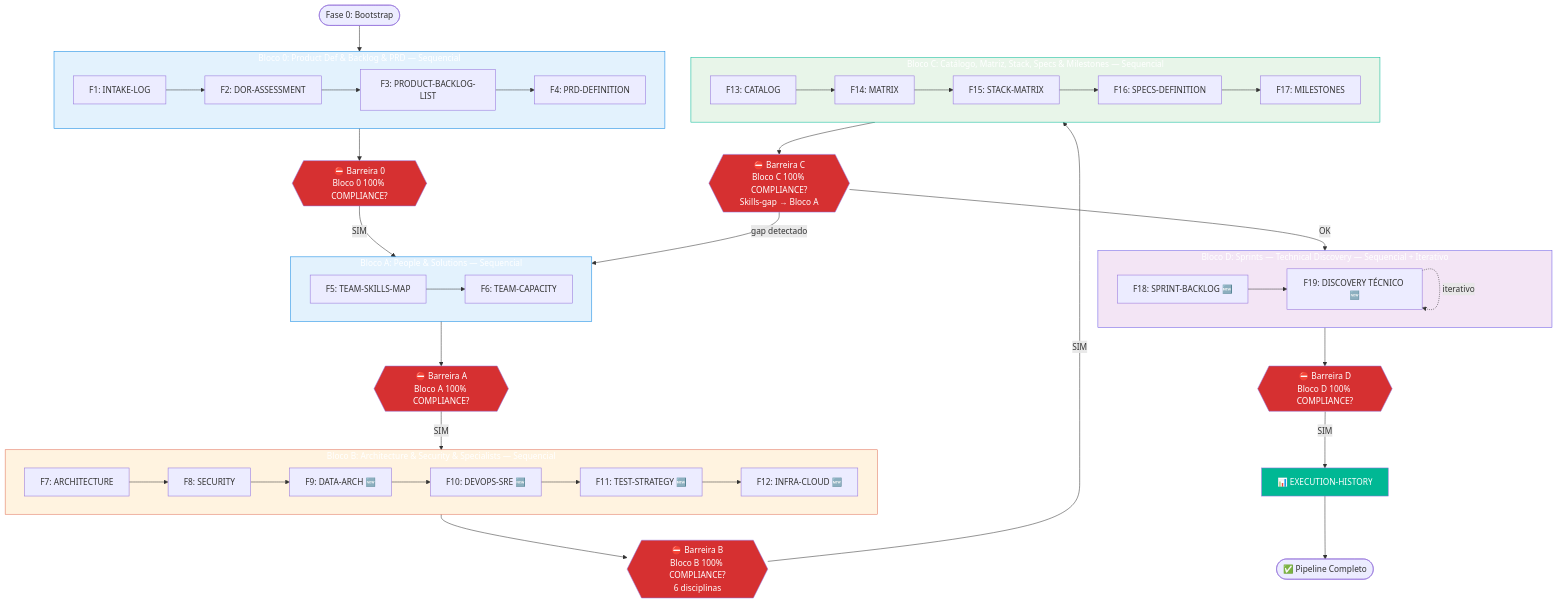
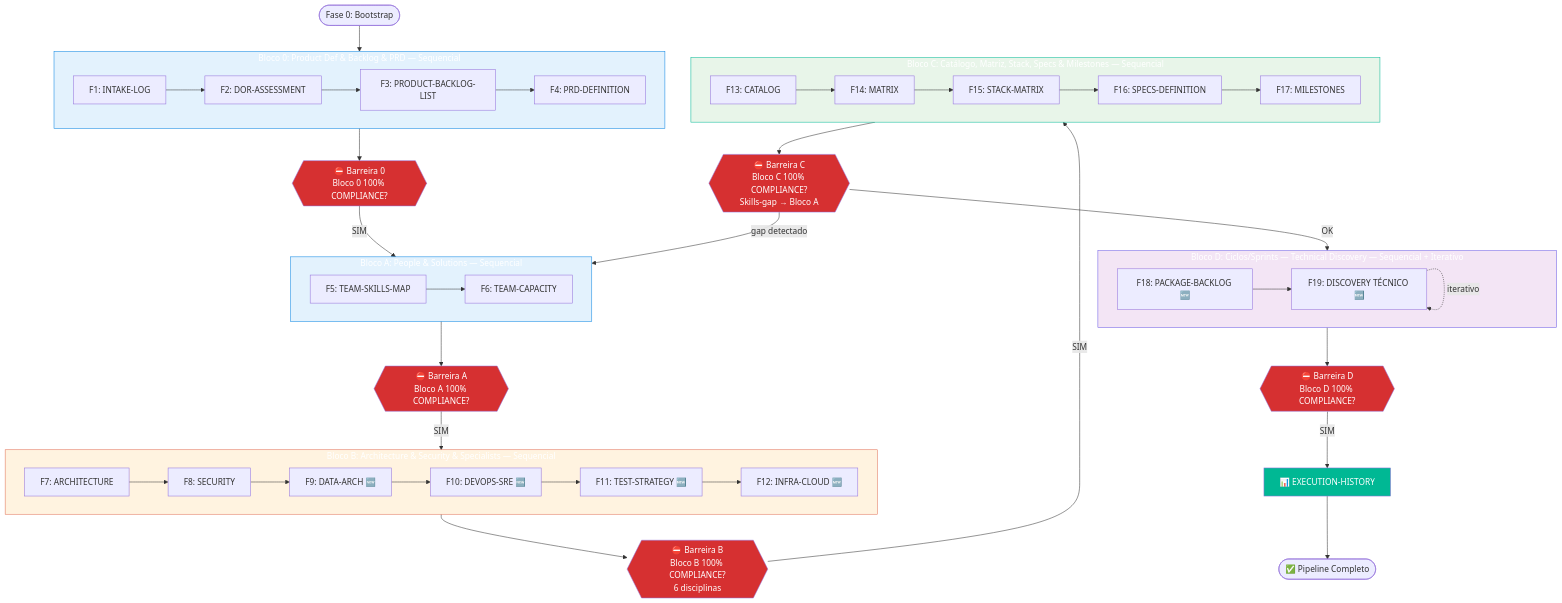
Before and after one commit to bolismar69/workspace-fbso: the fifth of 11 diagrams in .specs/prompts/project-technical-definitions/FLOWCHART-PROMPT-ROADMAP-GENERATE-PROJECT-TECHNICAL-DEFINITIONS.md, drawn with Mermaid. The commit also changed other lines of this file and 28 other files, not shown here.

First line of the commit message:
feat: vocabulário de execução — CICLO-NN, Sub-fase 1.5, 580-PACKAGE-BACKLOG, 590-ciclo-NNN e formas duplas ciclo/sprint

````diff
--- a/.specs/prompts/project-technical-definitions/FLOWCHART-PROMPT-ROADMAP-GENERATE-PROJECT-TECHNICAL-DEFINITIONS.md
+++ b/.specs/prompts/project-technical-definitions/FLOWCHART-PROMPT-ROADMAP-GENERATE-PROJECT-TECHNICAL-DEFINITIONS.md
@@ -431,69 +431,69 @@
 ```mermaid
 flowchart TD
     START([Fase 0: Bootstrap]) --> BLOCO_0
 
     subgraph BLOCO_0[Bloco 0: Product Def & Backlog & PRD — Sequencial]
         direction LR
         B0_1[F1: INTAKE-LOG] --> B0_2[F2: DOR-ASSESSMENT]
         B0_2 --> B0_3[F3: PRODUCT-BACKLOG-LIST]
         B0_3 --> B0_4[F4: PRD-DEFINITION]
     end
 
     BLOCO_0 --> G0{{"⛔ Barreira 0<br/>Bloco 0 100% COMPLIANCE?"}}
     G0 -->|SIM| BLOCO_A
 
     subgraph BLOCO_A[Bloco A: People & Solutions — Sequencial]
         direction LR
         A1[F5: TEAM-SKILLS-MAP] --> A2[F6: TEAM-CAPACITY]
     end
 
     BLOCO_A --> GA{{"⛔ Barreira A<br/>Bloco A 100% COMPLIANCE?"}}
     GA -->|SIM| BLOCO_B
 
     subgraph BLOCO_B[Bloco B: Architecture & Security & Specialists — Sequencial]
         direction LR
         B1[F7: ARCHITECTURE] --> B2[F8: SECURITY]
         B2 --> B3[F9: DATA-ARCH 🆕]
         B3 --> B4[F10: DEVOPS-SRE 🆕]
         B4 --> B5[F11: TEST-STRATEGY 🆕]
         B5 --> B6[F12: INFRA-CLOUD 🆕]
     end
 
     BLOCO_B --> GB{{"⛔ Barreira B<br/>Bloco B 100% COMPLIANCE?<br/>6 disciplinas"}}
     GB -->|SIM| BLOCO_C
 
     subgraph BLOCO_C[Bloco C: Catálogo, Matriz, Stack, Specs & Milestones — Sequencial]
         direction LR
         C1[F13: CATALOG] --> C2[F14: MATRIX]
         C2 --> C3[F15: STACK-MATRIX]
         C3 --> C4[F16: SPECS-DEFINITION]
         C4 --> C5[F17: MILESTONES]
     end
 
     BLOCO_C --> GC{{"⛔ Barreira C<br/>Bloco C 100% COMPLIANCE?<br/>Skills-gap → Bloco A"}}
     GC -->|gap detectado| BLOCO_A
     GC -->|OK| BLOCO_D
 
-    subgraph BLOCO_D[Bloco D: Sprints — Technical Discovery — Sequencial + Iterativo]
+    subgraph BLOCO_D[Bloco D: Ciclos/Sprints — Technical Discovery — Sequencial + Iterativo]
         direction LR
-        D1[F18: SPRINT-BACKLOG 🆕] --> D2[F19: DISCOVERY TÉCNICO 🆕]
+        D1[F18: PACKAGE-BACKLOG 🆕] --> D2[F19: DISCOVERY TÉCNICO 🆕]
         D2 -.->|iterativo| D2
     end
 
     BLOCO_D --> GD{{"⛔ Barreira D<br/>Bloco D 100% COMPLIANCE?"}}
     GD -->|SIM| HIST[📊 EXECUTION-HISTORY]
 
     HIST --> END([✅ Pipeline Completo])
 
     style BLOCO_0 fill:#e3f2fd,stroke:#0984e3,color:#ffffff
     style BLOCO_A fill:#e3f2fd,stroke:#0984e3,color:#ffffff
     style BLOCO_B fill:#fff3e0,stroke:#e17055,color:#ffffff
     style BLOCO_C fill:#e8f5e9,stroke:#00b894,color:#ffffff
     style BLOCO_D fill:#f3e5f5,stroke:#6c5ce7,color:#ffffff
     style G0 fill:#d63031,color:#fff
     style GA fill:#d63031,color:#fff
     style GB fill:#d63031,color:#fff
     style GC fill:#d63031,color:#fff
     style GD fill:#d63031,color:#fff
     style HIST fill:#00b894,color:#fff
 ```
````
